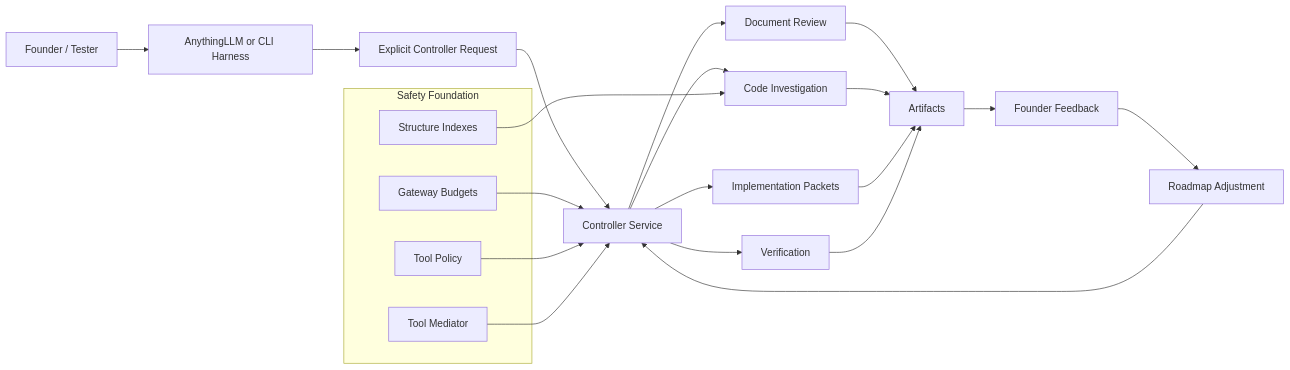
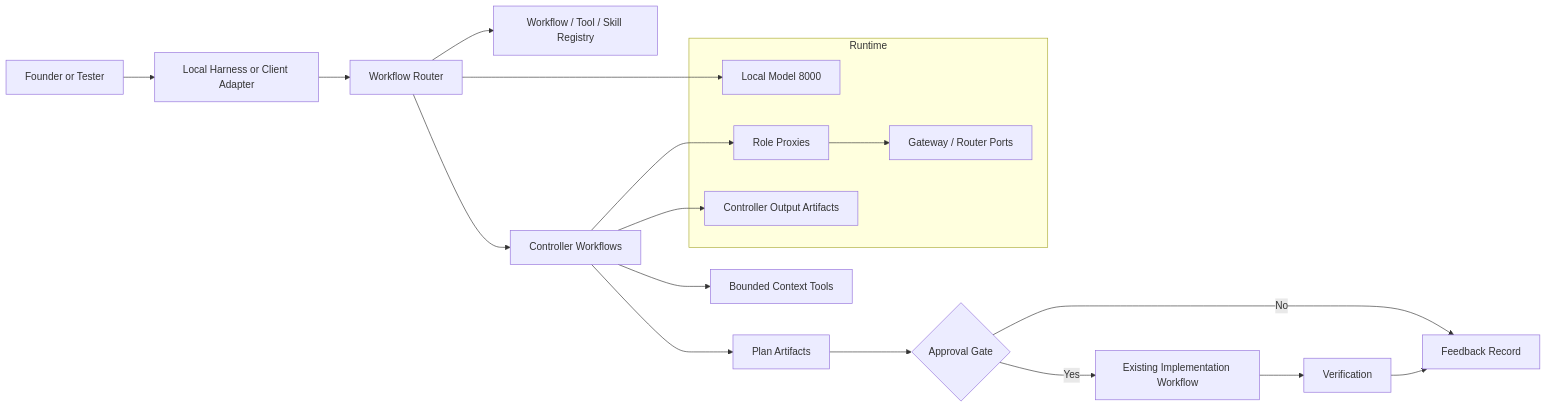
Before and after one commit to s-aws/vllm-agent-gateway: the first of 2 diagrams in docs/ACTIONABLE_WORKFLOW_ROADMAP.md, drawn with Mermaid. The commit also changed other lines of this file and 3542 other files, not shown here.

````diff
--- a/docs/ACTIONABLE_WORKFLOW_ROADMAP.md
+++ b/docs/ACTIONABLE_WORKFLOW_ROADMAP.md
@@ -25,32 +398,27 @@
 ```mermaid
 flowchart LR
-    U[Founder / Tester] --> H[AnythingLLM or CLI Harness]
-    H --> E[Explicit Controller Request]
-    E --> C[Controller Service]
+    U[Founder or Tester] --> H[Local Harness or Client Adapter]
+    H --> R[Workflow Router]
+    R --> REG[Workflow / Tool / Skill Registry]
+    R --> C[Controller Workflows]
 
-    C --> D[Document Review]
-    C --> I[Code Investigation]
-    C --> P[Implementation Packets]
-    C --> V[Verification]
+    C --> CTX[Bounded Context Tools]
+    C --> PLAN[Plan Artifacts]
+    PLAN --> A{Approval Gate}
+    A -->|No| FB[Feedback Record]
+    A -->|Yes| IMP[Existing Implementation Workflow]
+    IMP --> VER[Verification]
+    VER --> FB
 
-    D --> A[Artifacts]
-    I --> A
-    P --> A
-    V --> A
-
-    A --> F[Founder Feedback]
-    F --> R[Roadmap Adjustment]
-    R --> C
-
-    subgraph Safety Foundation
-        G[Gateway Budgets]
-        T[Tool Policy]
-        S[Structure Indexes]
-        M[Tool Mediator]
+    subgraph Runtime
+        M[Local Model 8000]
+        G[Gateway / Router Ports]
+        P[Role Proxies]
+        O[Controller Output Artifacts]
     end
 
-    G --> C
-    T --> C
-    S --> I
-    M --> C
+    R --> M
+    C --> P
+    P --> G
+    C --> O
 ```
````
